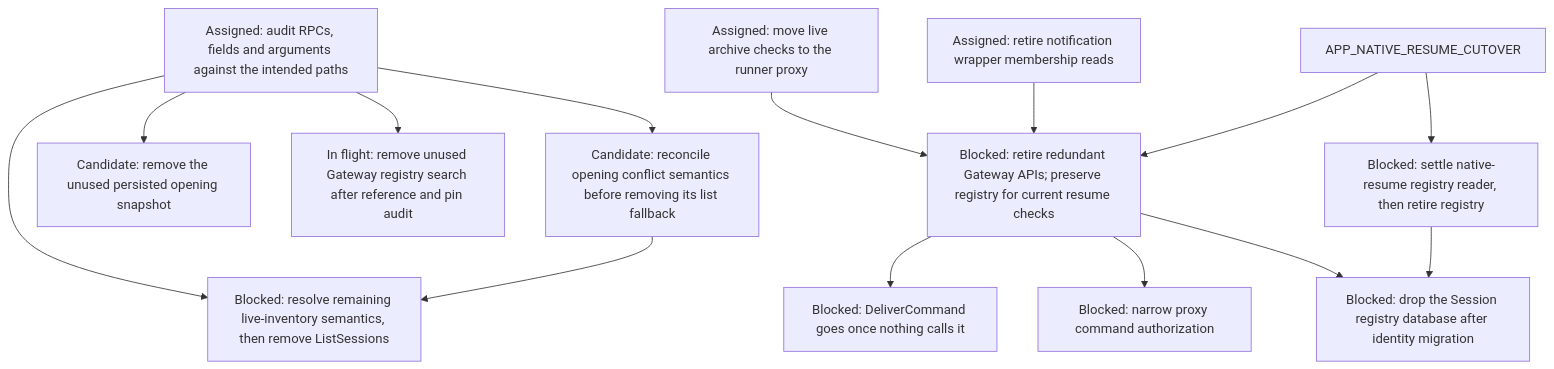
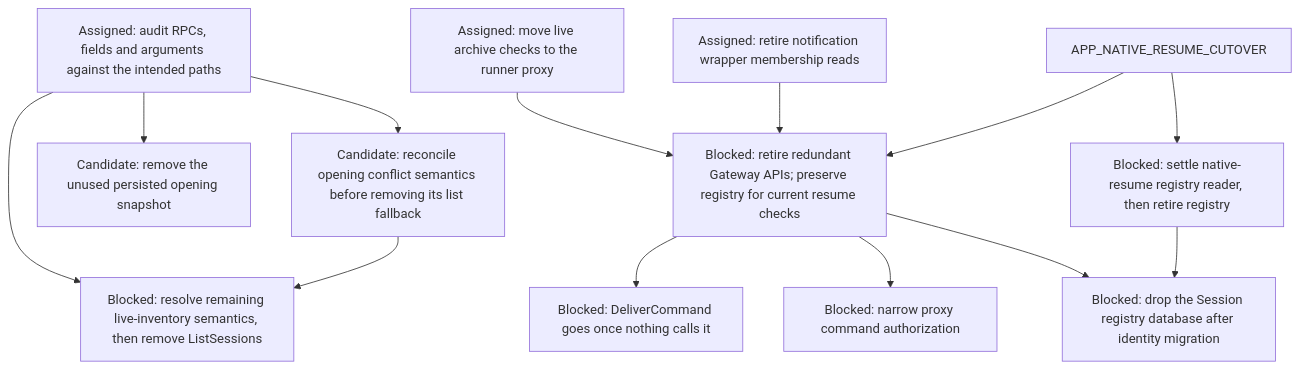
Before and after one commit to agentydragon-agent/ducktape: diagram 15 of 15 in agentplane/plans/task_dag.md, drawn with Mermaid. The commit also changed other lines of this file and 8 other files, not shown here.

First line of the commit message:
agentplane: retire unused Gateway FindSessions RPC (#10623)

````diff
--- a/agentplane/plans/task_dag.md
+++ b/agentplane/plans/task_dag.md
@@ -1254,22 +1253,21 @@
 ```mermaid
 flowchart TD
     RUNNER_COMMAND_RPCS[Blocked: DeliverCommand goes once nothing calls it]
     CONTROL_SURFACE_RETIREMENT_AUDIT[Assigned: audit RPCs, fields and arguments against the intended paths]
     CONTROL_SURFACE_RETIREMENT_AUDIT --> RUNNER_LIST_SESSIONS_RETIRE[Blocked: resolve remaining live-inventory semantics, then remove ListSessions]
     CONTROL_SURFACE_RETIREMENT_AUDIT --> DISPATCHER_OPEN_ALREADY_EXISTS[Candidate: reconcile opening conflict semantics before removing its list fallback]
     DISPATCHER_OPEN_ALREADY_EXISTS --> RUNNER_LIST_SESSIONS_RETIRE
     CONTROL_SURFACE_RETIREMENT_AUDIT --> DISPATCHER_OPENING_ATTACHED_RETIRE[Candidate: remove the unused persisted opening snapshot]
-    CONTROL_SURFACE_RETIREMENT_AUDIT --> GATEWAY_FIND_SESSIONS_RETIRE[In flight: remove unused Gateway registry search after reference and pin audit]
     GATEWAY_WRAPPER_RETIRE --> RUNNER_COMMAND_RPCS
     GATEWAY_WRAPPER_RETIRE[Blocked: retire redundant Gateway APIs; preserve registry for current resume checks]
     APP_ARCHIVE_RUNNER_READ_MIGRATION[Assigned: move live archive checks to the runner proxy] --> GATEWAY_WRAPPER_RETIRE
     NOTIFICATION_SESSION_MEMBERSHIP_MIGRATION[Assigned: retire notification wrapper membership reads] --> GATEWAY_WRAPPER_RETIRE
     APP_NATIVE_RESUME_CUTOVER --> GATEWAY_WRAPPER_RETIRE
     GATEWAY_DATABASE_DROP[Blocked: drop the Session registry database after identity migration]
     PROXY_START_METHODS_DISPATCHER_ONLY[Blocked: narrow proxy command authorization]
     GATEWAY_WRAPPER_RETIRE --> PROXY_START_METHODS_DISPATCHER_ONLY
     GATEWAY_WRAPPER_RETIRE --> GATEWAY_DATABASE_DROP
     GATEWAY_SESSION_REGISTRY_RETIRE[Blocked: settle native-resume registry reader, then retire registry]
     APP_NATIVE_RESUME_CUTOVER --> GATEWAY_SESSION_REGISTRY_RETIRE
     GATEWAY_SESSION_REGISTRY_RETIRE --> GATEWAY_DATABASE_DROP
 ```
````
